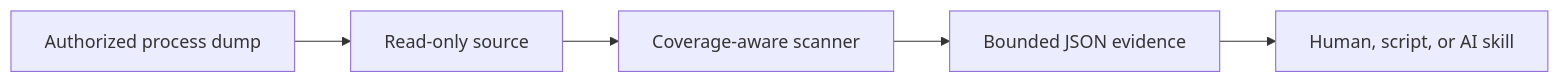
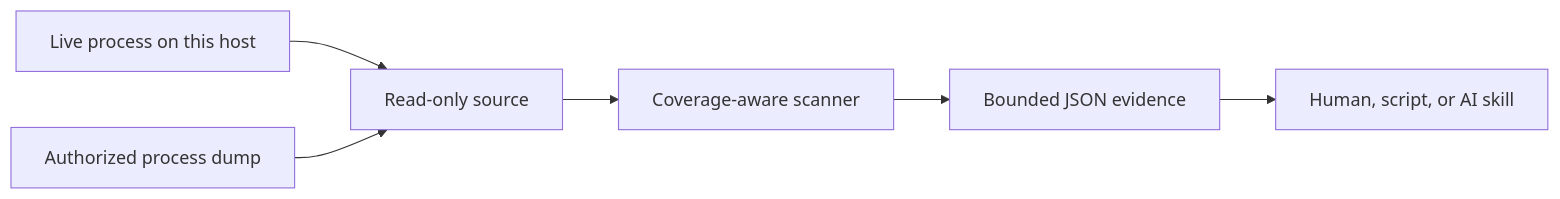
The diagram in README.md (sharkone/membridge), drawn with Mermaid before and after one commit. The commit also changed other lines of this file and 29 other files, not shown here.

````diff
--- a/README.md
+++ b/README.md
@@ -28,7 +28,8 @@
 ```mermaid
 flowchart LR
-    A[Authorized process dump] --> B[Read-only source]
+    A[Live process on this host] --> B[Read-only source]
+    A2[Authorized process dump] --> B
     B --> C[Coverage-aware scanner]
     C --> D[Bounded JSON evidence]
     D --> E[Human, script, or AI skill]
 ```
````
